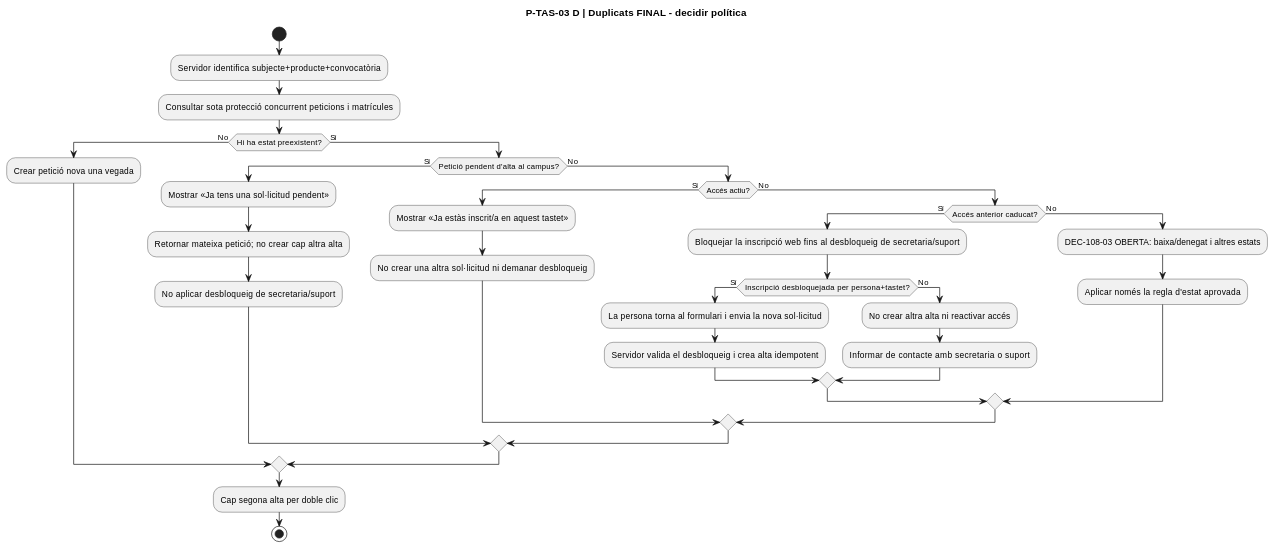
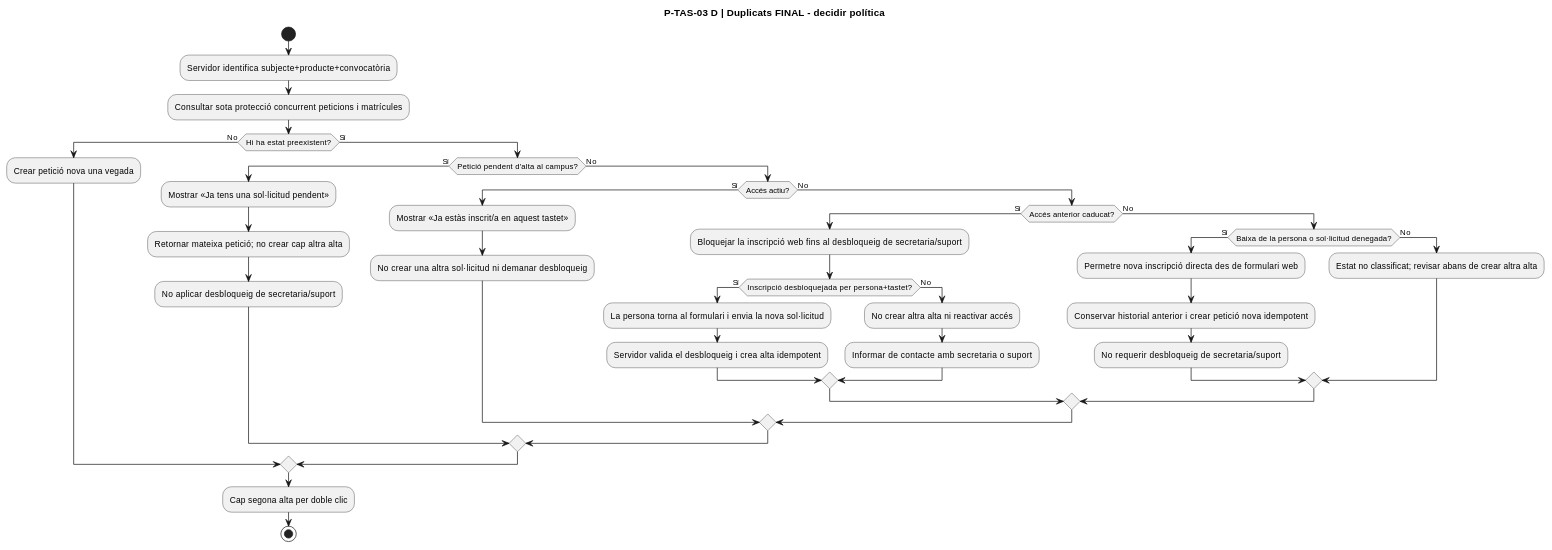
One commit to orgmeriemprismacat-del/verifactu changed diagram 24 of 32 in documentacio/07-uml-integrat/uc-108-activitats-pagines-tastets-actual-final.md. Above: the diagram before and after it, drawn with PlantUML. The commit also changed other lines of this file, not shown here.

Commit message:
docs(uml): distinguish withdrawn or denied tastet enrollment from expired access

````diff
--- a/documentacio/07-uml-integrat/uc-108-activitats-pagines-tastets-actual-final.md
+++ b/documentacio/07-uml-integrat/uc-108-activitats-pagines-tastets-actual-final.md
@@ -560,38 +566,43 @@
 ```plantuml
 @startuml
 title P-TAS-03 D | Duplicats FINAL - decidir política
 start
 :Servidor identifica subjecte+producte+convocatòria;
 :Consultar sota protecció concurrent peticions i matrícules;
 if (Hi ha estat preexistent?) then (No)
   :Crear petició nova una vegada;
 else (Sí)
   if (Petició pendent d'alta al campus?) then (Sí)
     :Mostrar «Ja tens una sol·licitud pendent»;
     :Retornar mateixa petició; no crear cap altra alta;
     :No aplicar desbloqueig de secretaria/suport;
   else (No)
     if (Accés actiu?) then (Sí)
       :Mostrar «Ja estàs inscrit/a en aquest tastet»;
       :No crear una altra sol·licitud ni demanar desbloqueig;
     else (No)
       if (Accés anterior caducat?) then (Sí)
         :Bloquejar la inscripció web fins al desbloqueig de secretaria/suport;
         if (Inscripció desbloquejada per persona+tastet?) then (Sí)
           :La persona torna al formulari i envia la nova sol·licitud;
           :Servidor valida el desbloqueig i crea alta idempotent;
         else (No)
           :No crear altra alta ni reactivar accés;
           :Informar de contacte amb secretaria o suport;
         endif
       else (No)
-        :DEC-108-03 OBERTA: baixa/denegat i altres estats;
-        :Aplicar només la regla d'estat aprovada;
+        if (Baixa de la persona o sol·licitud denegada?) then (Sí)
+          :Permetre nova inscripció directa des de formulari web;
+          :Conservar historial anterior i crear petició nova idempotent;
+          :No requerir desbloqueig de secretaria/suport;
+        else (No)
+          :Estat no classificat; revisar abans de crear altra alta;
+        endif
       endif
     endif
   endif
 endif
 :Cap segona alta per doble clic;
 stop
 @enduml
 ```
````
